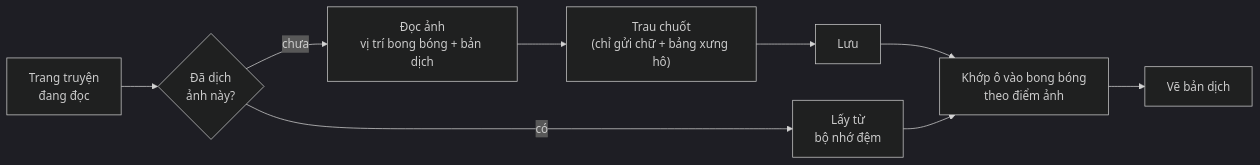
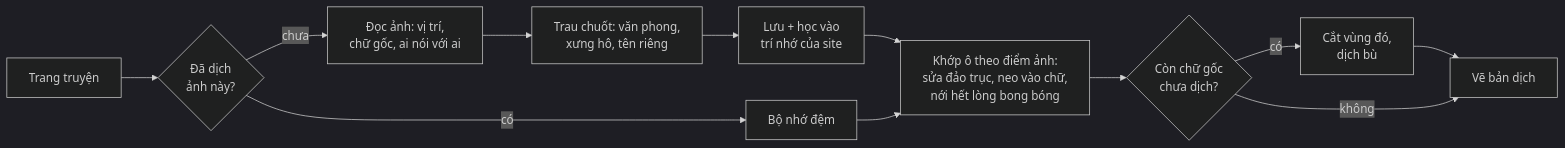
One commit to SakerLy/translate-managa changed the diagram in README.md. Above: the diagram before and after it, drawn with Mermaid (dark theme). The commit also changed other lines of this file and 17 other files, not shown here.

````diff
--- a/README.md
+++ b/README.md
@@ -144,11 +167,13 @@
 ```mermaid
 flowchart LR
-    A["Trang truyện<br/>đang đọc"] --> B{"Đã dịch<br/>ảnh này?"}
-    B -- "có" --> F["Lấy từ<br/>bộ nhớ đệm"]
-    B -- "chưa" --> C["Đọc ảnh<br/>vị trí bong bóng + bản dịch"]
-    C --> D["Trau chuốt<br/>(chỉ gửi chữ + bảng xưng hô)"]
-    D --> E["Lưu"]
-    E --> G["Khớp ô vào bong bóng<br/>theo điểm ảnh"]
+    A["Trang truyện"] --> B{"Đã dịch<br/>ảnh này?"}
+    B -- "có" --> F["Bộ nhớ đệm"]
+    B -- "chưa" --> C["Đọc ảnh: vị trí,<br/>chữ gốc, ai nói với ai"]
+    C --> D["Trau chuốt: văn phong,<br/>xưng hô, tên riêng"]
+    D --> E["Lưu + học vào<br/>trí nhớ của site"]
+    E --> G["Khớp ô theo điểm ảnh:<br/>sửa đảo trục, neo vào chữ,<br/>nới hết lòng bong bóng"]
     F --> G
-    G --> H["Vẽ bản dịch"]
+    G --> H{"Còn chữ gốc<br/>chưa dịch?"}
+    H -- "có" --> I["Cắt vùng đó,<br/>dịch bù"] --> J
+    H -- "không" --> J["Vẽ bản dịch"]
 ```
````
